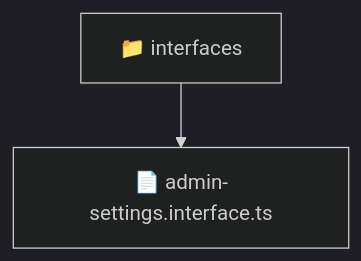
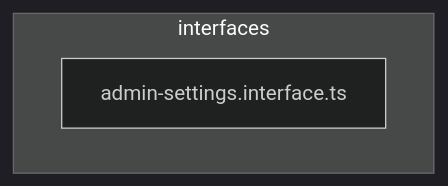
The diagram in backend/src/modules/admin-settings/domain/interfaces/README.md (beginwebdev2002/fullstack-mavluda), drawn with Mermaid (dark theme) before and after one commit. The commit also changed other lines of this file and 163 other files, not shown here.

````diff
--- a/backend/src/modules/admin-settings/domain/interfaces/README.md
+++ b/backend/src/modules/admin-settings/domain/interfaces/README.md
@@ -9,5 +15,6 @@
 ```mermaid
 graph TD
-  Root["📁 interfaces"]
-  Root --> admin_settings_interface_ts["📄 admin-settings.interface.ts"]
+  subgraph interfaces
+    admin_settings_interface_ts["admin-settings.interface.ts"]
+  end
 ```
````
